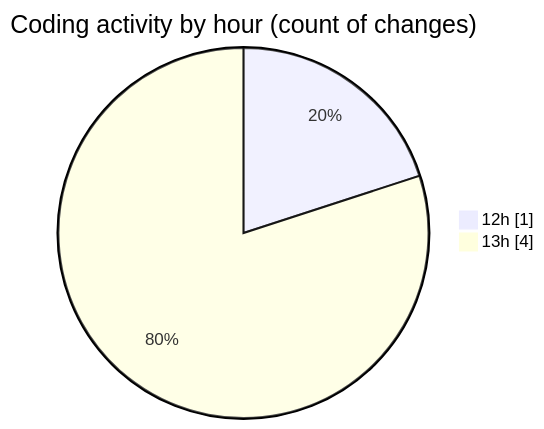
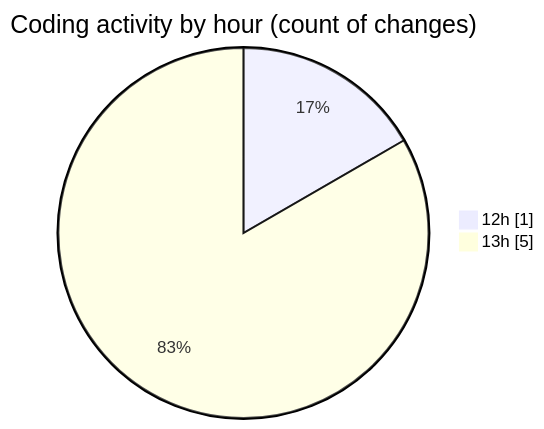
Before and after one commit to momahboobian/code-tracking: the second of 2 diagrams in 2025-03-10/cda/README.md, drawn with Mermaid. The commit also changed other lines of this file and 1 other file, not shown here.

````diff
--- a/2025-03-10/cda/README.md
+++ b/2025-03-10/cda/README.md
@@ -32,6 +33,6 @@
 ```mermaid
 pie showData
 title Coding activity by hour (count of changes)
 "12h" : 1
-"13h" : 4
+"13h" : 5
 ```
````
